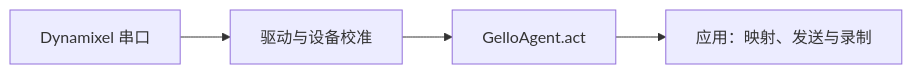
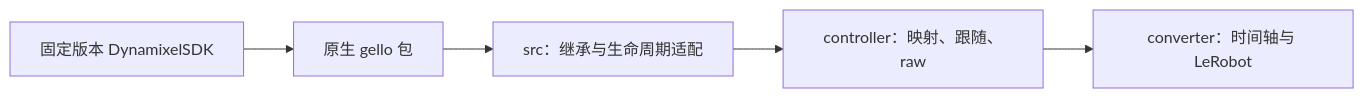
The diagram in docs/index.md (KnightOrNot/agilex-gello-software), drawn with Mermaid before and after one commit. The commit also changed other lines of this file and 157 other files, not shown here.

Commit message:
refactor: preserve upstream GELLO with src adapters

````diff
--- a/docs/index.md
+++ b/docs/index.md
@@ -5,6 +5,7 @@
 ```mermaid
 flowchart LR
-    D[Dynamixel 串口] --> R[驱动与设备校准]
-    R --> A[GelloAgent.act]
-    A --> C[应用：映射、发送与录制]
+    SDK[固定版本 DynamixelSDK] --> U[原生 gello 包]
+    U --> A[src：继承与生命周期适配]
+    A --> C[controller：映射、跟随、raw]
+    C --> L[converter：时间轴与 LeRobot]
 ```
````
